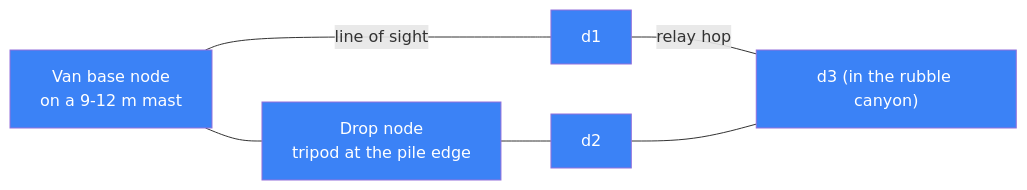
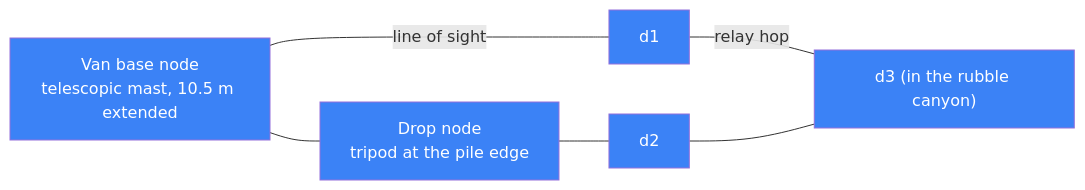
One commit to rohansharmacode/skysearch changed the third of 7 diagrams in larpverse/docs/COMMS_ARCHITECTURE.md. Above: the diagram before and after it, drawn with Mermaid. The commit also changed 3 other files, not shown here.

````diff
--- a/larpverse/docs/COMMS_ARCHITECTURE.md
+++ b/larpverse/docs/COMMS_ARCHITECTURE.md
@@ -64,10 +64,10 @@
 ```mermaid
 flowchart LR
-  VAN["Van base node<br/>on a 9-12 m mast"] --- DROP["Drop node<br/>tripod at the pile edge"]
+  VAN["Van base node<br/>telescopic mast, 10.5 m extended"] --- DROP["Drop node<br/>tripod at the pile edge"]
   VAN ---|"line of sight"| D1["d1"]
   DROP --- D2["d2"]
   D1 ---|"relay hop"| D3["d3 (in the rubble canyon)"]
   D2 --- D3
   classDef n fill:#3b82f6,color:#fff;
   class VAN,DROP,D1,D2,D3 n
 ```
````
